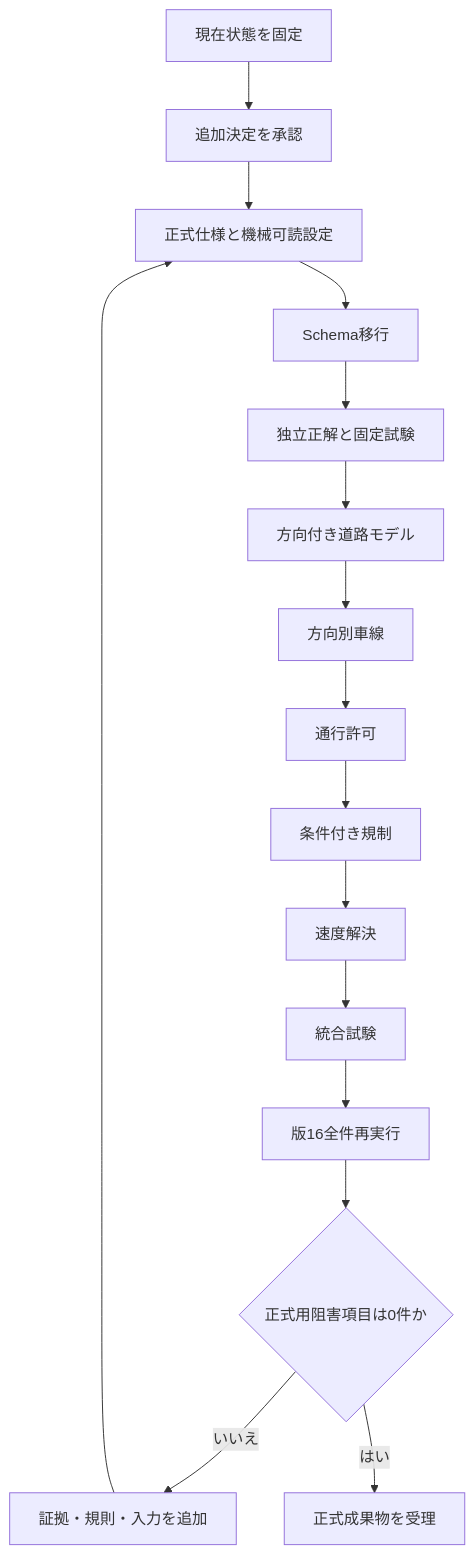
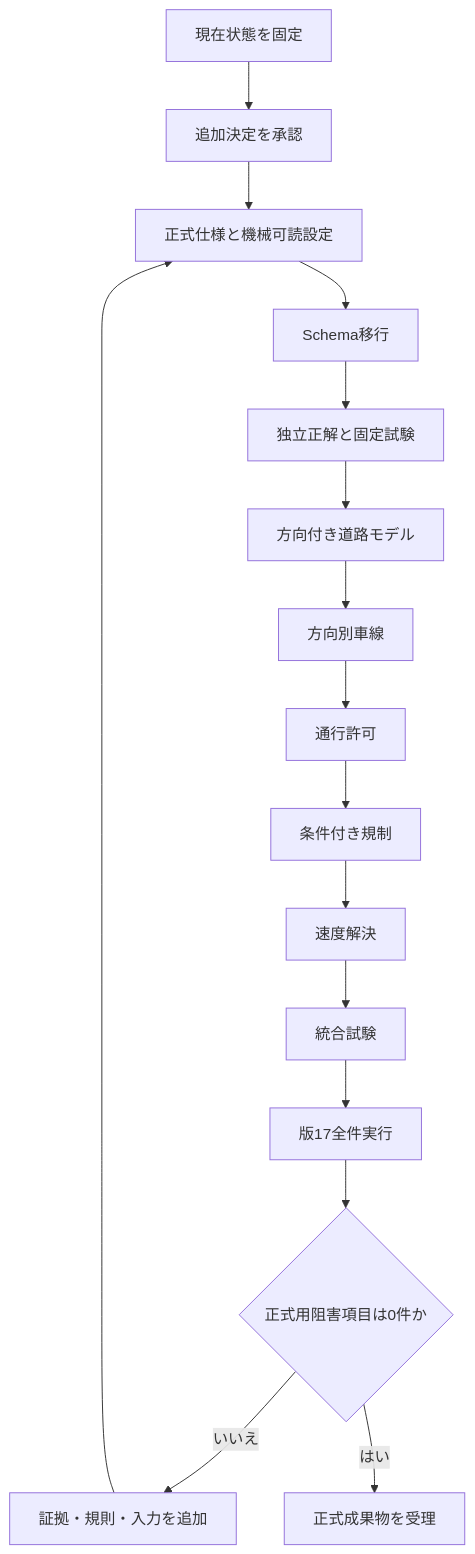
The diagram in 05_src/traffic_simulation/attribute_resolution_execution_procedure.md (tkm-sano/kmd-analysis), drawn with Mermaid before and after one commit. The commit also changed other lines of this file and 26 other files, not shown here.

````diff
--- a/05_src/traffic_simulation/attribute_resolution_execution_procedure.md
+++ b/05_src/traffic_simulation/attribute_resolution_execution_procedure.md
@@ -76,18 +83,18 @@
 ```mermaid
 flowchart TD
     A[現在状態を固定] --> B[追加決定を承認]
     B --> C[正式仕様と機械可読設定]
     C --> D[Schema移行]
     D --> E[独立正解と固定試験]
     E --> F[方向付き道路モデル]
     F --> G[方向別車線]
     G --> H[通行許可]
     H --> I[条件付き規制]
     I --> J[速度解決]
     J --> K[統合試験]
-    K --> L[版16全件再実行]
+    K --> L[版17全件実行]
     L --> M{正式用阻害項目は0件か}
     M -- いいえ --> N[証拠・規則・入力を追加]
     N --> C
     M -- はい --> O[正式成果物を受理]
 ```
````
